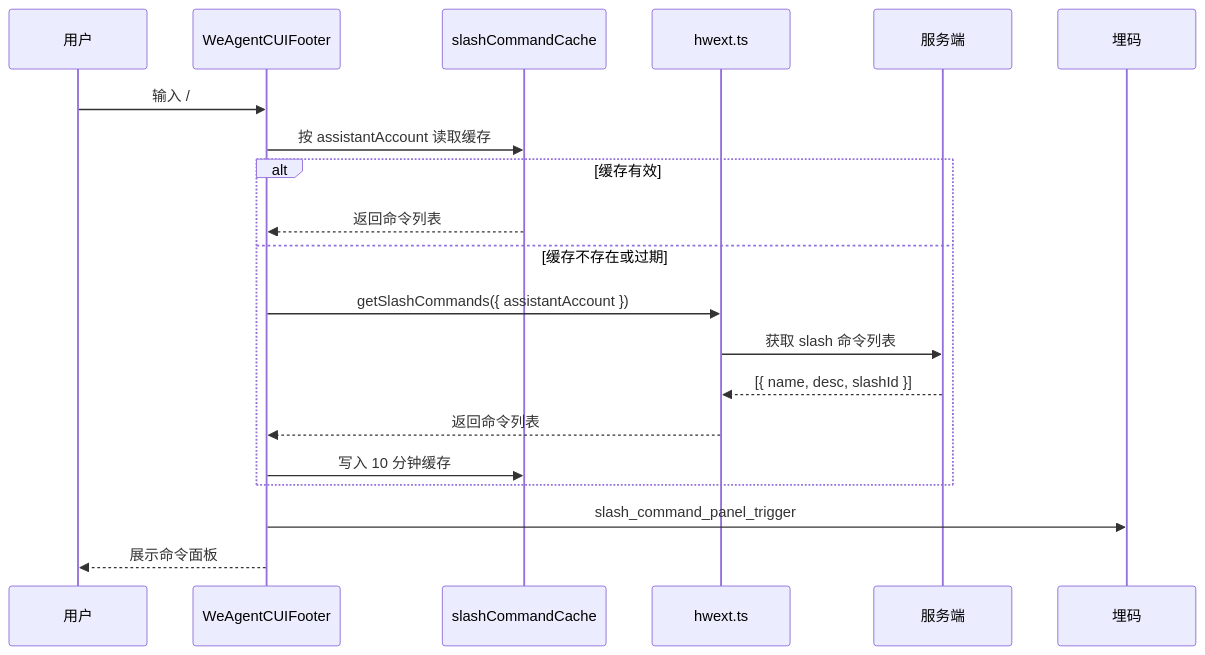
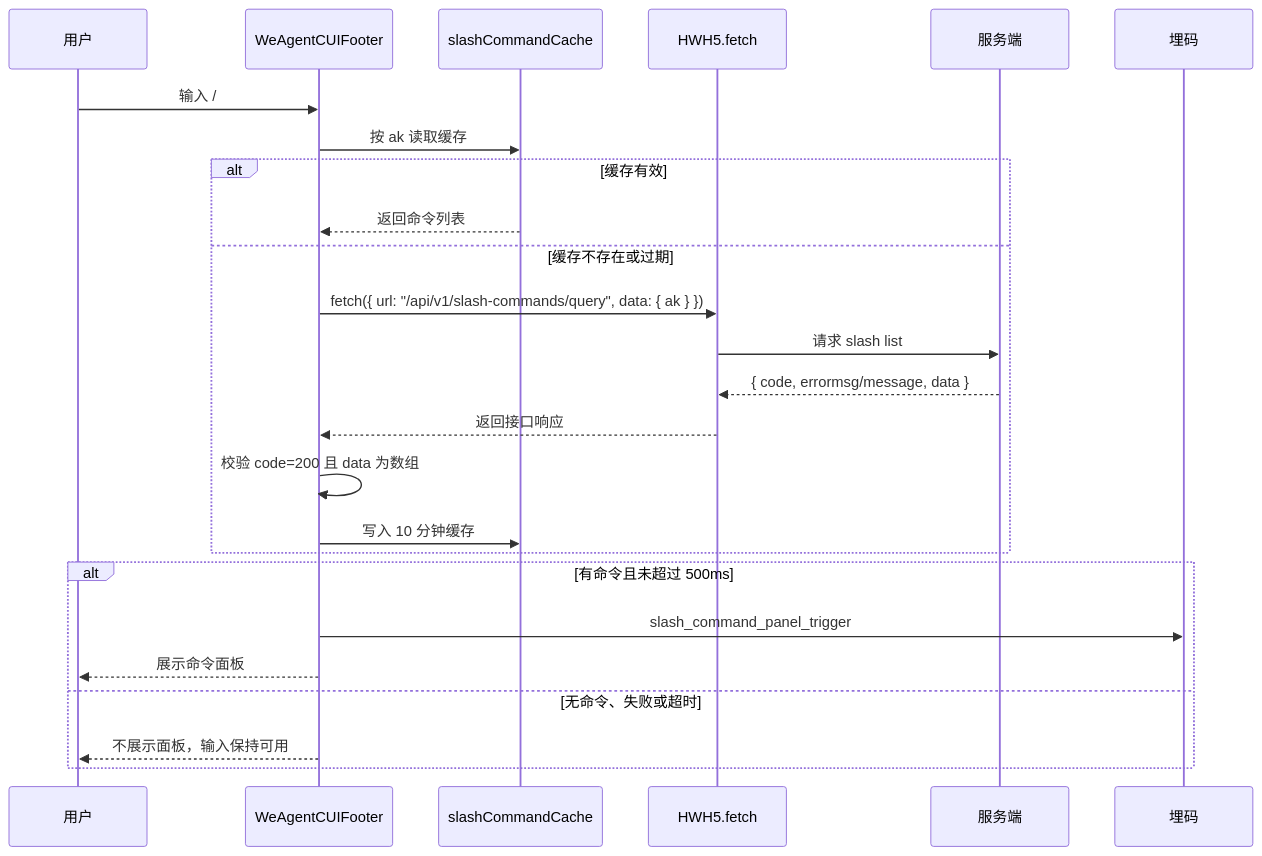
Before and after one commit to Abelsjcheng/skillSDK: the second of 3 diagrams in ai-chat-viewer/docs/plans/2026-06-04-slash-command-suggestion-plan.md, drawn with Mermaid. The commit also changed other lines of this file, not shown here.

Commit message:
docs(frontend): update slash command suggestion plan

````diff
--- a/ai-chat-viewer/docs/plans/2026-06-04-slash-command-suggestion-plan.md
+++ b/ai-chat-viewer/docs/plans/2026-06-04-slash-command-suggestion-plan.md
@@ -70,23 +76,28 @@
 ```mermaid
 sequenceDiagram
     participant User as 用户
     participant Footer as WeAgentCUIFooter
     participant Cache as slashCommandCache
-    participant SDK as hwext.ts
+    participant HWH5 as HWH5.fetch
     participant Server as 服务端
     participant UEM as 埋码
 
     User->>Footer: 输入 /
-    Footer->>Cache: 按 assistantAccount 读取缓存
+    Footer->>Cache: 按 ak 读取缓存
     alt 缓存有效
         Cache-->>Footer: 返回命令列表
     else 缓存不存在或过期
-        Footer->>SDK: getSlashCommands({ assistantAccount })
-        SDK->>Server: 获取 slash 命令列表
-        Server-->>SDK: [{ name, desc, slashId }]
-        SDK-->>Footer: 返回命令列表
+        Footer->>HWH5: fetch({ url: "/api/v1/slash-commands/query", data: { ak } })
+        HWH5->>Server: 请求 slash list
+        Server-->>HWH5: { code, errormsg/message, data }
+        HWH5-->>Footer: 返回接口响应
+        Footer->>Footer: 校验 code=200 且 data 为数组
         Footer->>Cache: 写入 10 分钟缓存
     end
-    Footer->>UEM: slash_command_panel_trigger
-    Footer-->>User: 展示命令面板
+    alt 有命令且未超过 500ms
+        Footer->>UEM: slash_command_panel_trigger
+        Footer-->>User: 展示命令面板
+    else 无命令、失败或超时
+        Footer-->>User: 不展示面板，输入保持可用
+    end
 ```
````
